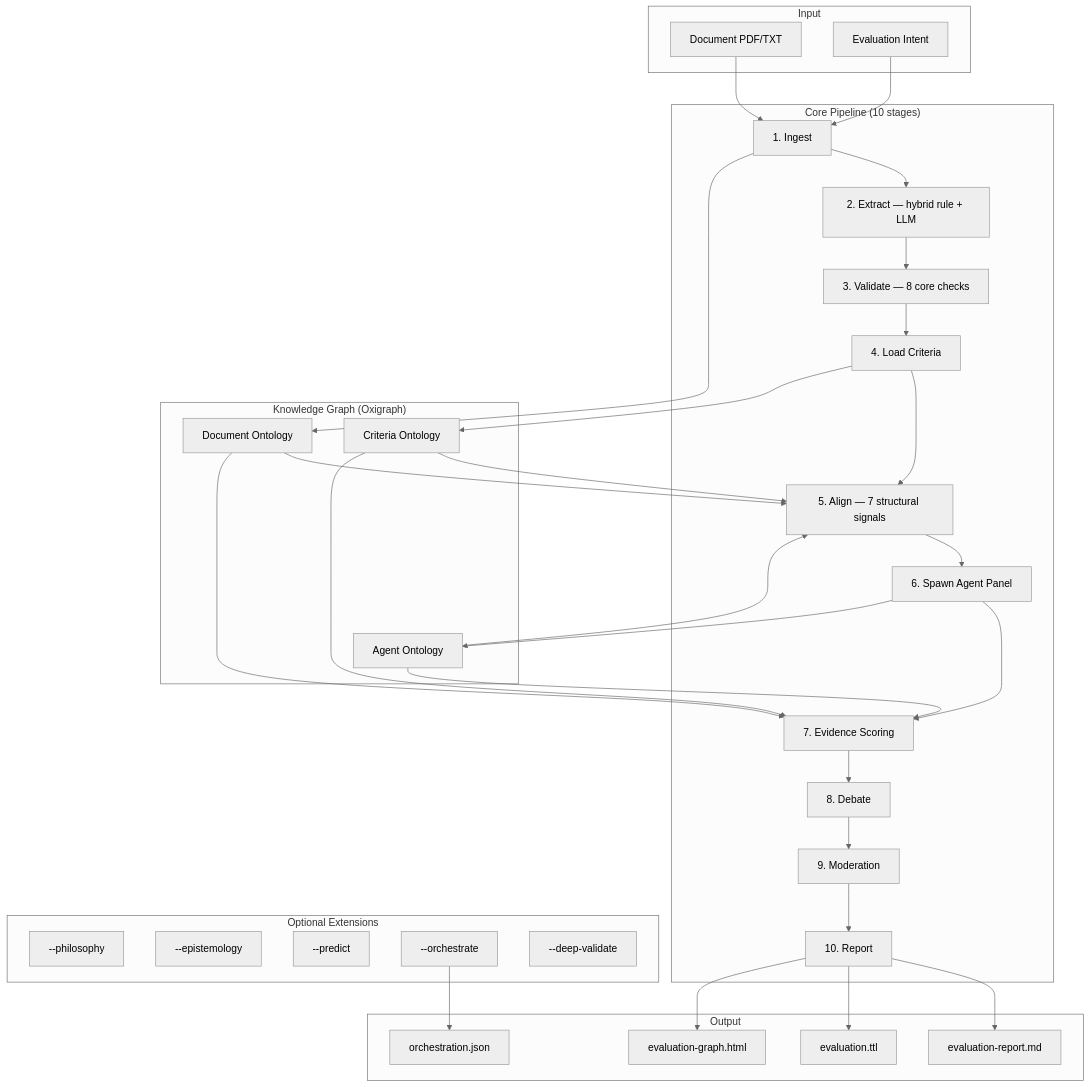
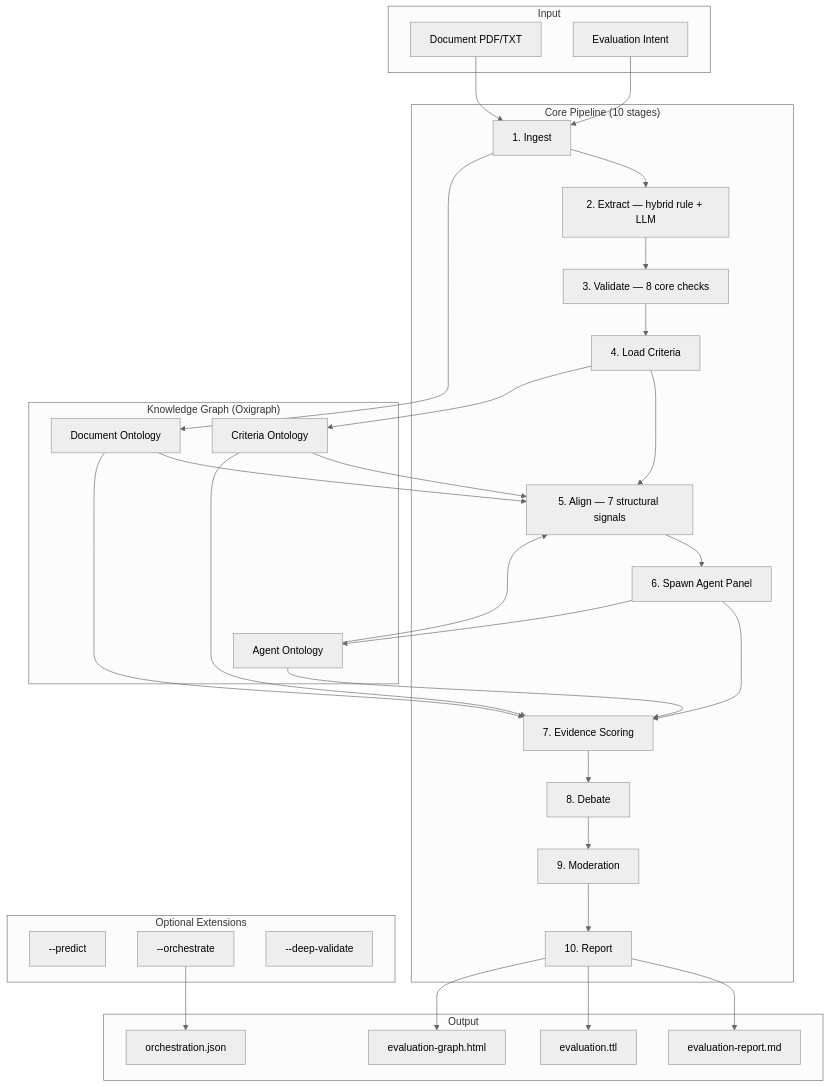
One commit to fabio-rovai/brain-in-the-fish changed the first of 4 diagrams in README.md. Above: the diagram before and after it, drawn with Mermaid (neutral theme). The commit also changed other lines of this file and 2 other files, not shown here.

````diff
--- a/README.md
+++ b/README.md
@@ -179,52 +179,50 @@
 ```mermaid
 graph TB
     subgraph Input
         DOC[Document PDF/TXT]
         INT[Evaluation Intent]
     end
 
     subgraph "Core Pipeline (10 stages)"
         ING[1. Ingest]
         EXT[2. Extract — hybrid rule + LLM]
         VAL[3. Validate — 8 core checks]
         CRI[4. Load Criteria]
         ALI[5. Align — 7 structural signals]
         SPA[6. Spawn Agent Panel]
         SNN[7. Evidence Scoring]
         DEB[8. Debate]
         MOD[9. Moderation]
         REP[10. Report]
     end
 
     subgraph "Optional Extensions"
-        PHI[--philosophy]
-        EPI[--epistemology]
         PRE[--predict]
         ORC[--orchestrate]
         DEP[--deep-validate]
     end
 
     subgraph "Knowledge Graph (Oxigraph)"
         DO[Document Ontology]
         CO[Criteria Ontology]
         AO[Agent Ontology]
     end
 
     subgraph Output
         MD[evaluation-report.md]
         TTL[evaluation.ttl]
         HTML[evaluation-graph.html]
         JSON[orchestration.json]
     end
 
     DOC --> ING
     INT --> ING
     ING --> EXT --> VAL --> CRI --> ALI --> SPA --> SNN --> DEB --> MOD --> REP
     ING --> DO
     CRI --> CO
     SPA --> AO
     DO & CO & AO --> ALI
     DO & CO & AO --> SNN
     REP --> MD & TTL & HTML
     ORC --> JSON
 ```
````
